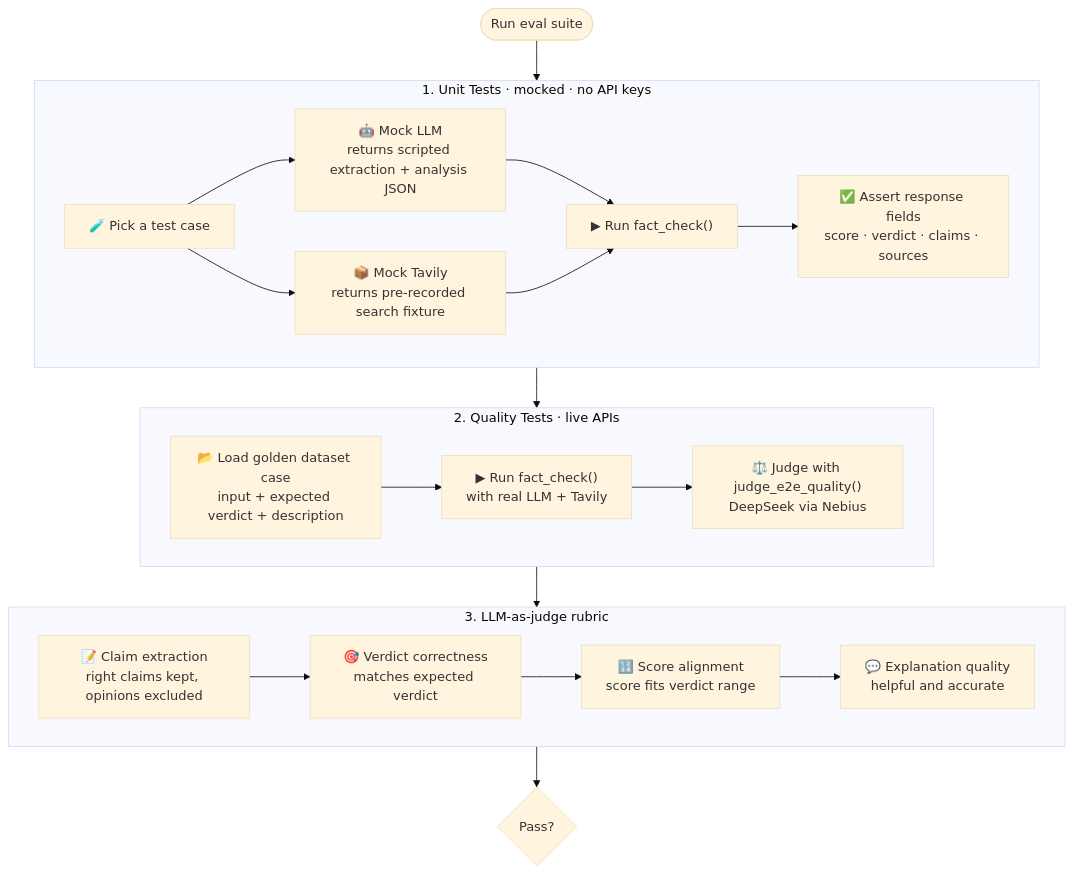
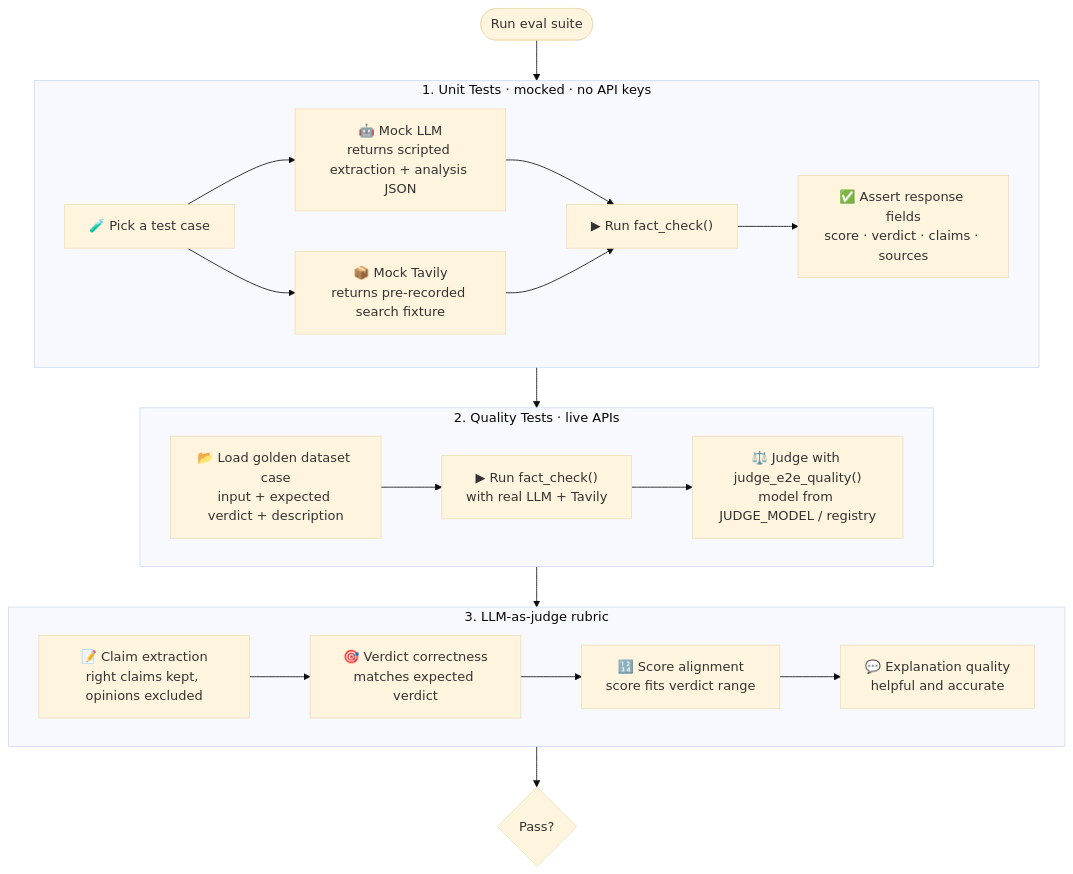
One commit to adilliadil/Factify changed the second of 2 diagrams in README.md. Above: the diagram before and after it, drawn with Mermaid (base theme). The commit also changed other lines of this file and 25 other files, not shown here.

````diff
--- a/README.md
+++ b/README.md
@@ -105,40 +125,40 @@
 ```mermaid
 flowchart TD
     A([Run eval suite])
 
     A --> B
 
     subgraph B["1. Unit Tests  ·  mocked  ·  no API keys"]
         B1["🧪 Pick a test case"]
         B2["🤖 Mock LLM<br/>returns scripted extraction + analysis JSON"]
         B3["📦 Mock Tavily<br/>returns pre-recorded search fixture"]
         B4["▶ Run fact_check()"]
         B5["✅ Assert response fields<br/>score · verdict · claims · sources"]
         B1 --> B2
         B1 --> B3
         B2 --> B4
         B3 --> B4
         B4 --> B5
     end
 
     B --> C
 
     subgraph C["2. Quality Tests  ·  live APIs"]
         C1["📂 Load golden dataset case<br/>input + expected verdict + description"]
         C2["▶ Run fact_check()<br/>with real LLM + Tavily"]
-        C3["⚖️ Judge with judge_e2e_quality()<br/>DeepSeek via Nebius"]
+        C3["⚖️ Judge with judge_e2e_quality()<br/>model from JUDGE_MODEL / registry"]
         C1 --> C2 --> C3
     end
 
     C --> D
 
     subgraph D["3. LLM-as-judge rubric"]
         D1["📝 Claim extraction<br/>right claims kept, opinions excluded"]
         D2["🎯 Verdict correctness<br/>matches expected verdict"]
         D3["🔢 Score alignment<br/>score fits verdict range"]
         D4["💬 Explanation quality<br/>helpful and accurate"]
         D1 --> D2 --> D3 --> D4
     end
 
     D --> E{Pass?}
 ```
````
